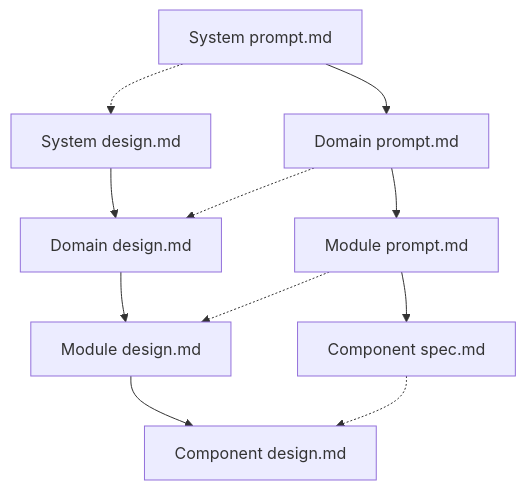
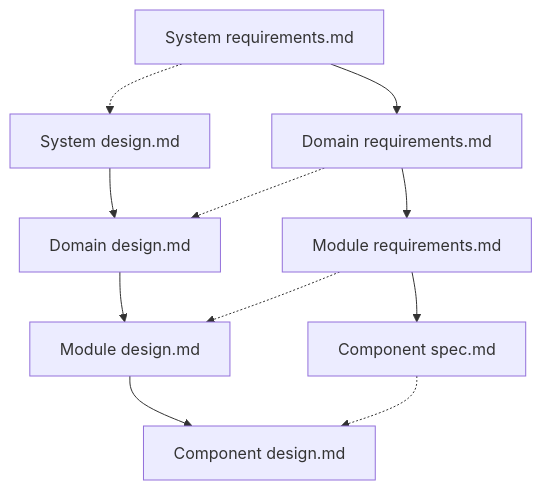
The first of 5 diagrams in cad_architect.md (jaehwang/agentic_dev), drawn with Mermaid before and after one commit. The commit also changed other lines of this file and 9 other files, not shown here.

Commit message:
의미를 명확히 하기 위해 prompt.md를 requirements.md로 수정

````diff
--- a/cad_architect.md
+++ b/cad_architect.md
@@ -57,15 +57,15 @@
   ```mermaid
   graph TD
-      A[System prompt.md] --> B[Domain prompt.md]
-      B --> C[Module prompt.md]
+      A[System requirements.md] --> B[Domain requirements.md]
+      B --> C[Module requirements.md]
       C --> D[Component spec.md]
       
       E[System design.md] --> F[Domain design.md]
       F --> G[Module design.md]
       G --> H[Component design.md]
       
       A -.-> E
       B -.-> F
       C -.-> G
       D -.-> H
   ```
````
